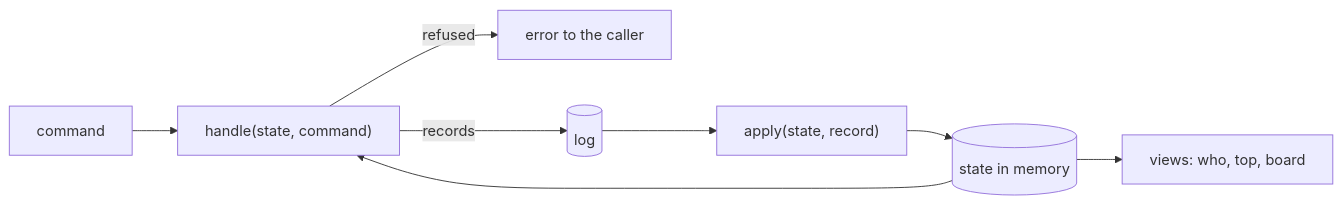
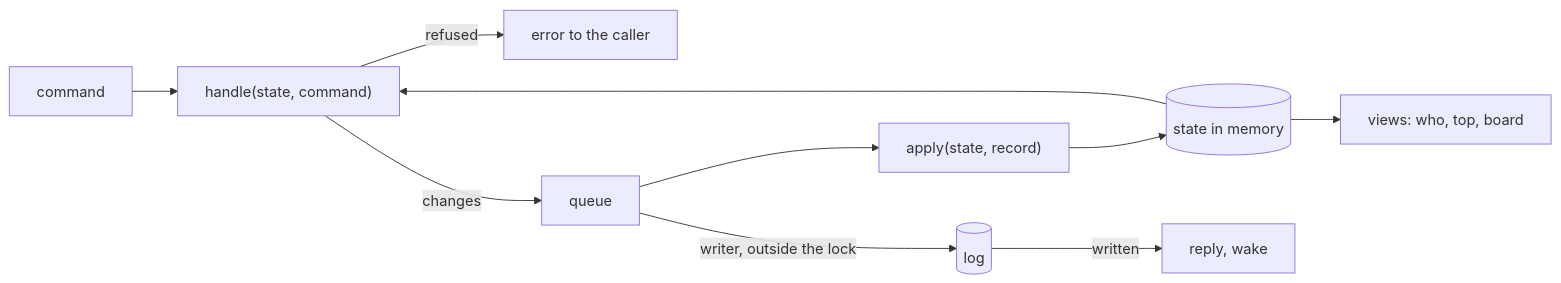
One commit to como-technologies/riff changed the second of 3 diagrams in docs/src/design-storage.md. Above: the diagram before and after it, drawn with Mermaid. The commit also changed other lines of this file and 1 other file, not shown here.

````diff
--- a/docs/src/design-storage.md
+++ b/docs/src/design-storage.md
@@ -59,10 +65,12 @@
 ```mermaid
 flowchart LR
     C[command] --> H["handle(state, command)"]
     H -->|refused| E[error to the caller]
-    H -->|records| L[(log)]
-    L --> A["apply(state, record)"]
+    H -->|changes| Q[queue]
+    Q --> A["apply(state, record)"]
     A --> S[(state in memory)]
+    Q -->|writer, outside the lock| L[(log)]
+    L -->|written| R[reply, wake]
     S --> H
     S --> V["views: who, top, board"]
 ```
````
